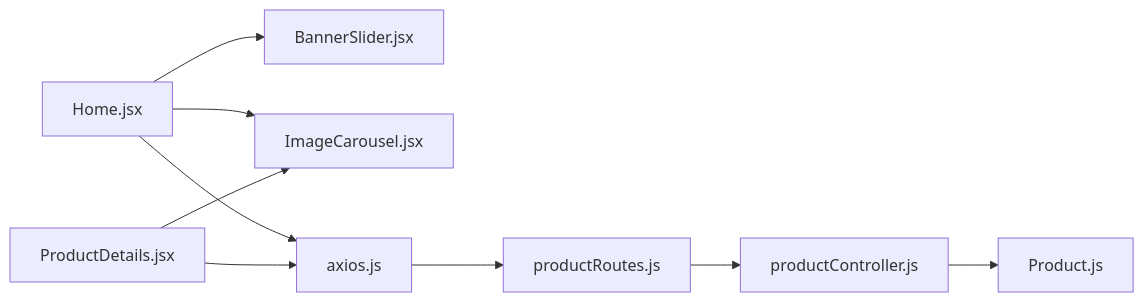
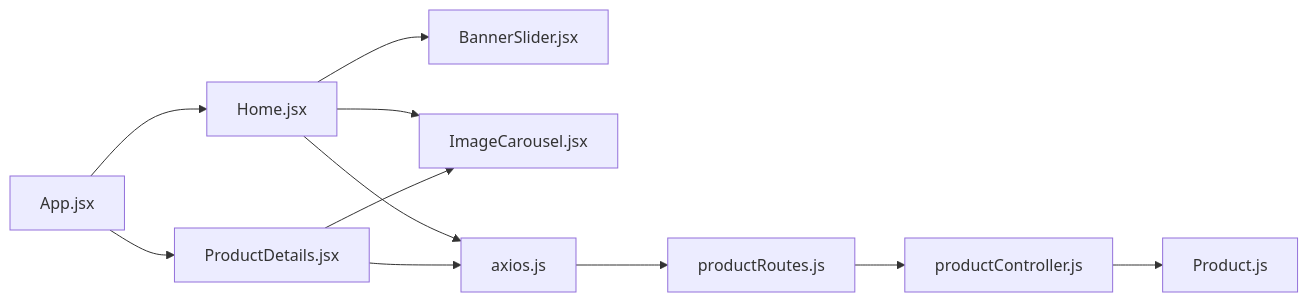
Before and after one commit to Pavan-PSPK9032/TrendsandToss: the third of 3 diagrams in .qoder/repowiki/en/content/Shopping Experience/Product Browsing & Discovery.md, drawn with Mermaid. The commit also changed other lines of this file and 16 other files, not shown here.

````diff
--- a/.qoder/repowiki/en/content/Shopping Experience/Product Browsing & Discovery.md
+++ b/.qoder/repowiki/en/content/Shopping Experience/Product Browsing & Discovery.md
@@ -237,11 +319,13 @@
 ```mermaid
 graph LR
 Home["Home.jsx"] --> Banner["BannerSlider.jsx"]
 Home --> Carousel["ImageCarousel.jsx"]
 Home --> Axios["axios.js"]
 ProductDetails["ProductDetails.jsx"] --> Carousel
 ProductDetails --> Axios
 Axios --> Routes["productRoutes.js"]
 Routes --> Controller["productController.js"]
 Controller --> Model["Product.js"]
+App["App.jsx"] --> Home
+App --> ProductDetails
 ```
````
